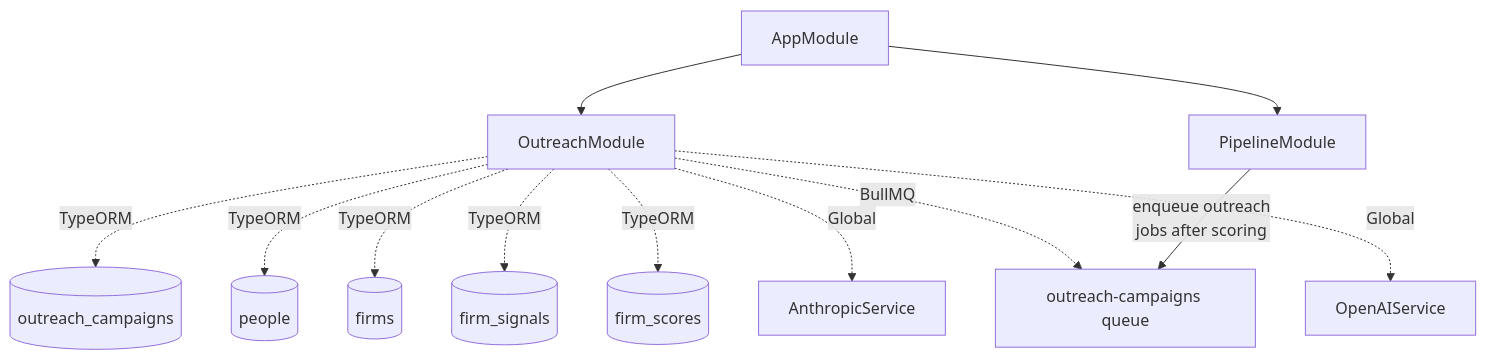
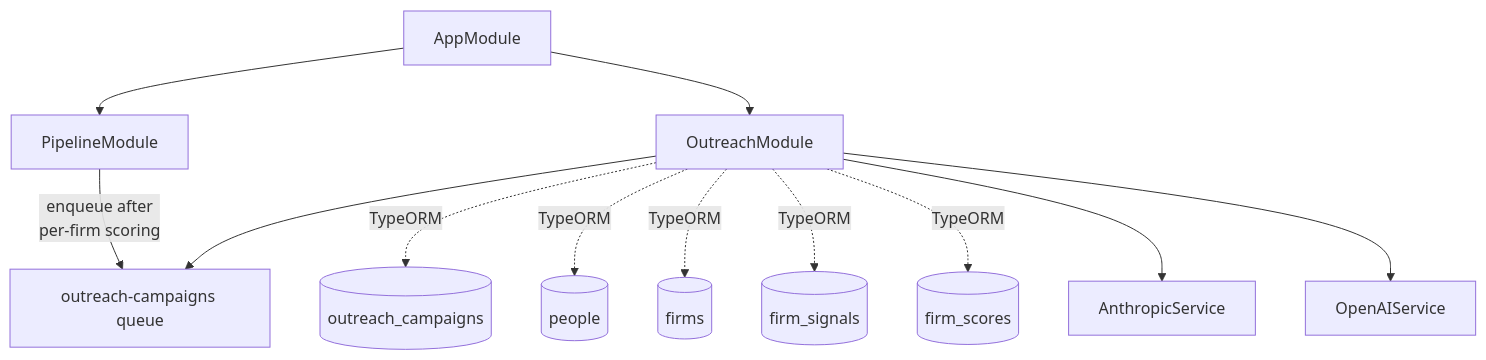
One commit to GuilhermeDaSilvaFerreira/ai-usage-scraper changed the third of 3 diagrams in backend/docs/sales-pipeline/ARCHITECTURE.md. Above: the diagram before and after it, drawn with Mermaid. The commit also changed other lines of this file and 7 other files, not shown here.

````diff
--- a/backend/docs/sales-pipeline/ARCHITECTURE.md
+++ b/backend/docs/sales-pipeline/ARCHITECTURE.md
@@ -172,16 +136,16 @@
 ```mermaid
 flowchart TD
     AppModule --> OutreachModule
     AppModule --> PipelineModule
 
-    PipelineModule -->|"enqueue outreach\njobs after scoring"| OutreachQueue["outreach-campaigns queue"]
+    PipelineModule -->|enqueue after<br/>per-firm scoring| Q[outreach-campaigns queue]
+    OutreachModule --> Q
 
     OutreachModule -.->|TypeORM| OC[(outreach_campaigns)]
     OutreachModule -.->|TypeORM| P[(people)]
     OutreachModule -.->|TypeORM| F[(firms)]
     OutreachModule -.->|TypeORM| FS[(firm_signals)]
     OutreachModule -.->|TypeORM| FSC[(firm_scores)]
-    OutreachModule -.->|BullMQ| OutreachQueue
-    OutreachModule -.->|Global| AnthropicService
-    OutreachModule -.->|Global| OpenAIService
+    OutreachModule --> Anthropic[AnthropicService]
+    OutreachModule --> OpenAI[OpenAIService]
 ```
````
